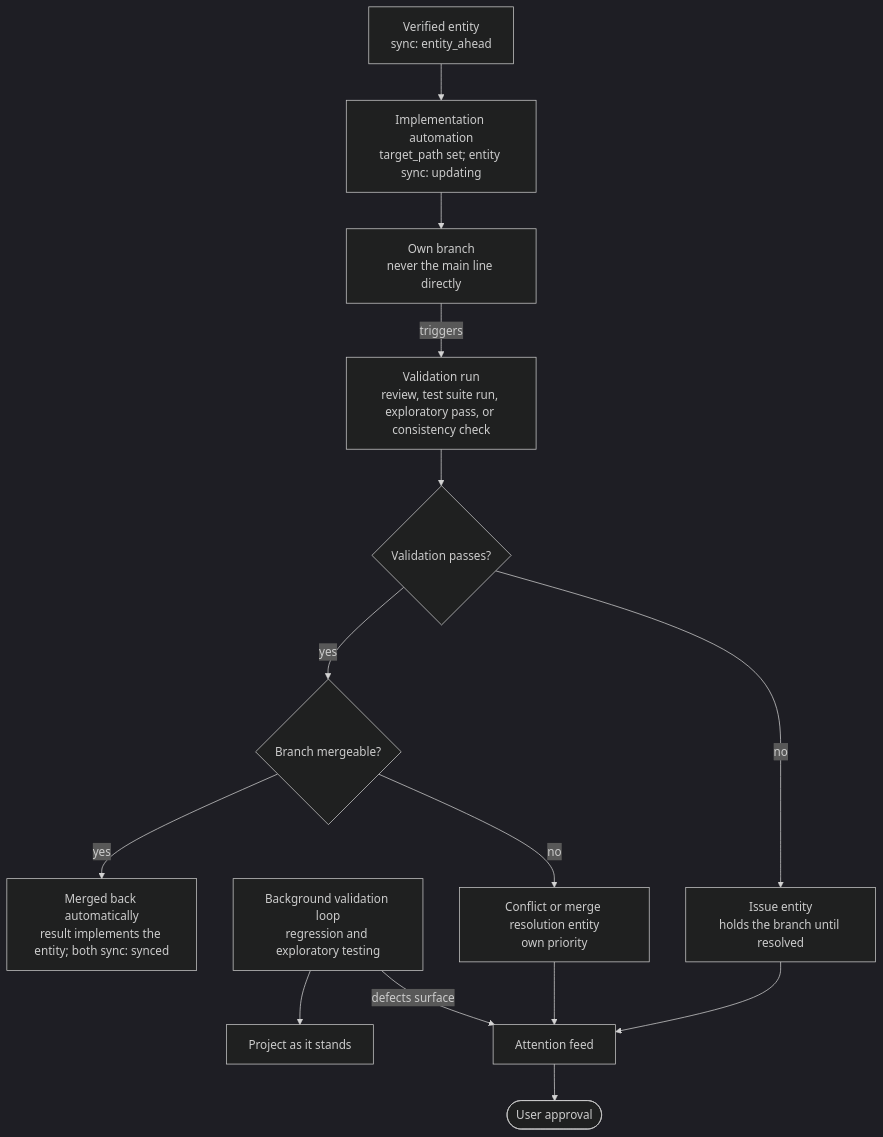
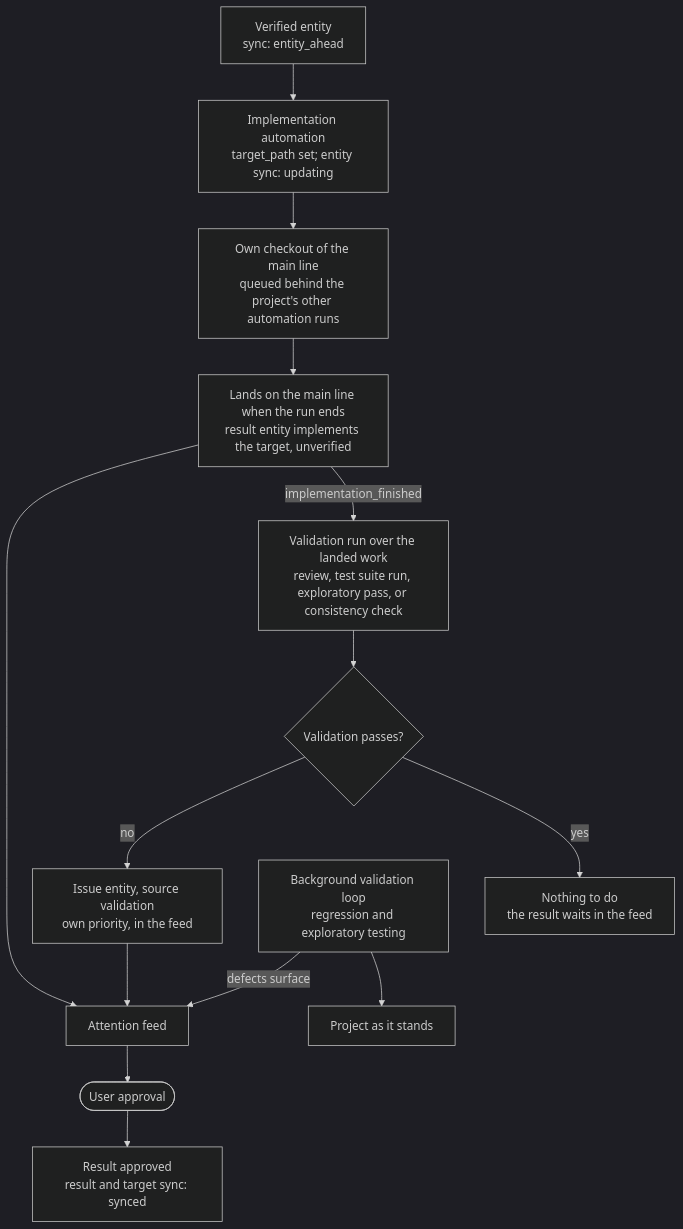
The diagram in docs/diagrams/08-implementation-validation.md (Aleksander1111/momentum), drawn with Mermaid (dark theme) before and after one commit. The commit also changed other lines of this file and 67 other files, not shown here.

First line of the commit message:
Land every run on the main line: no run branches, automation runs queued per project

````diff
--- a/docs/diagrams/08-implementation-validation.md
+++ b/docs/diagrams/08-implementation-validation.md
@@ -5,24 +5,23 @@
 ```mermaid
 flowchart TB
   Target["Verified entity<br/>sync: entity_ahead"]
   Impl["Implementation automation<br/>target_path set; entity sync: updating"]
-  Branch["Own branch<br/>never the main line directly"]
-  Val["Validation run<br/>review, test suite run, exploratory pass, or consistency check"]
+  Checkout["Own checkout of the main line<br/>queued behind the project's other automation runs"]
+  Land["Lands on the main line when the run ends<br/>result entity implements the target, unverified"]
+  Val["Validation run over the landed work<br/>review, test suite run, exploratory pass, or consistency check"]
   Pass{"Validation passes?"}
-  Mergeable{"Branch mergeable?"}
-  Merged["Merged back automatically<br/>result implements the entity; both sync: synced"]
-  IssueS["Issue entity<br/>holds the branch until resolved"]
-  Conflict["Conflict or merge resolution entity<br/>own priority"]
+  Done["Nothing to do<br/>the result waits in the feed"]
+  IssueS["Issue entity, source validation<br/>own priority, in the feed"]
+  Approved["Result approved<br/>result and target sync: synced"]
   Loop["Background validation loop<br/>regression and exploratory testing"]
   Project["Project as it stands"]
   Feed["Attention feed"]
   User(["User approval"])
-  Target --> Impl --> Branch -->|"triggers"| Val --> Pass
-  Pass -->|"yes"| Mergeable
+  Target --> Impl --> Checkout --> Land -->|"implementation_finished"| Val --> Pass
+  Pass -->|"yes"| Done
   Pass -->|"no"| IssueS --> Feed
-  Mergeable -->|"yes"| Merged
-  Mergeable -->|"no"| Conflict --> Feed
+  Land --> Feed
   Loop --> Project
   Loop -->|"defects surface"| Feed
-  Feed --> User
+  Feed --> User --> Approved
 ```
````
